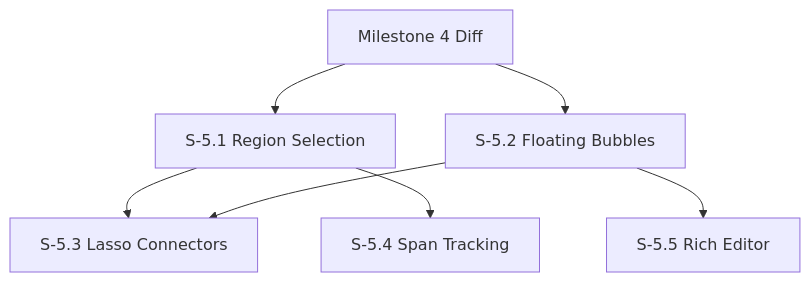
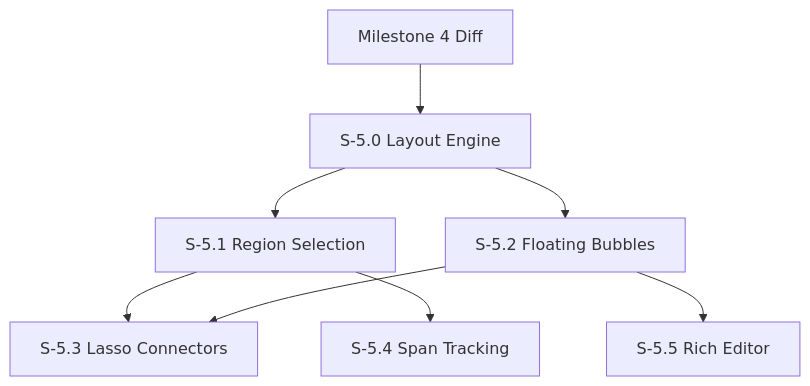
Before and after one commit to pedropaulovc/codjiflo: the diagram in spec/stories/milestone-5-full-comments.md, drawn with Mermaid. The commit also changed other lines of this file and 6 other files, not shown here.

Commit message:
docs: add architecture plan and scaffolding stories

````diff
--- a/spec/stories/milestone-5-full-comments.md
+++ b/spec/stories/milestone-5-full-comments.md
@@ -13,9 +18,10 @@
 ```mermaid
 graph TD
-    M4[Milestone 4 Diff] --> S5.1[S-5.1 Region Selection]
-    M4 --> S5.2[S-5.2 Floating Bubbles]
+    M4[Milestone 4 Diff] --> S5.0[S-5.0 Layout Engine]
+    S5.0 --> S5.1[S-5.1 Region Selection]
+    S5.0 --> S5.2[S-5.2 Floating Bubbles]
     S5.1 --> S5.3[S-5.3 Lasso Connectors]
     S5.2 --> S5.3
     S5.1 --> S5.4[S-5.4 Span Tracking]
     S5.2 --> S5.5[S-5.5 Rich Editor]
 ```
````
